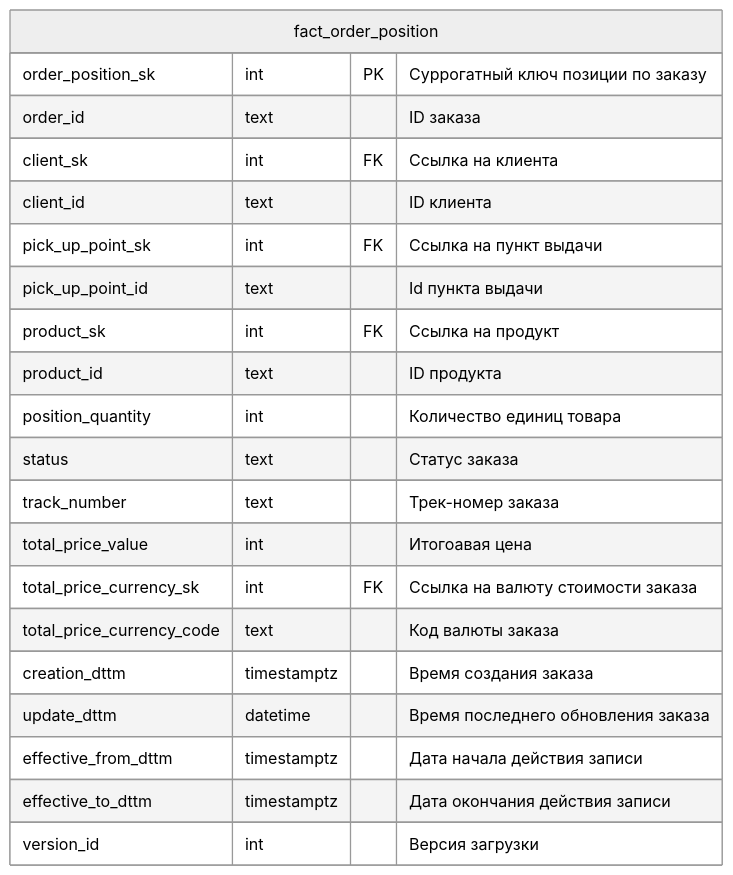
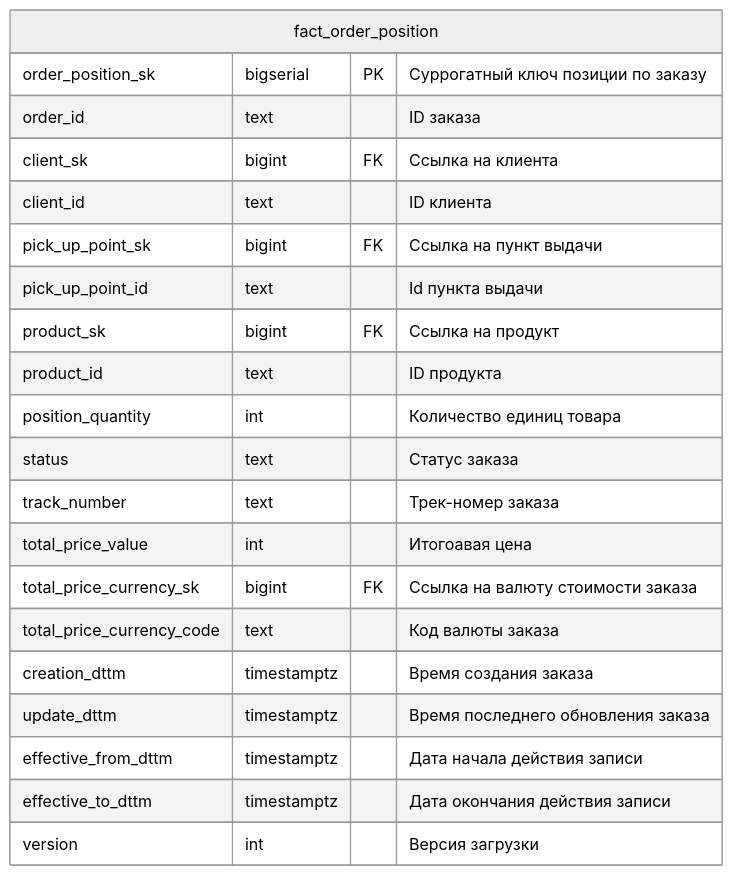
One commit to vgorbikov/dq-practice changed the sixth of 9 diagrams in docs/db_schema/Базовые ввитрины.md. Above: the diagram before and after it, drawn with Mermaid (neutral theme). The commit also changed other lines of this file and 2 other files, not shown here.

Commit message:
fix db schema

````diff
--- a/docs/db_schema/Базовые ввитрины.md
+++ b/docs/db_schema/Базовые ввитрины.md
@@ -134,25 +137,25 @@
 ```mermaid
 erDiagram
 
 fact_order_position {
-    order_position_sk int PK "Суррогатный ключ позиции по заказу"
+    order_position_sk bigserial PK "Суррогатный ключ позиции по заказу"
     order_id text "ID заказа"
-    client_sk int FK "Ссылка на клиента"
+    client_sk bigint FK "Ссылка на клиента"
     client_id text "ID клиента"
-    pick_up_point_sk int FK "Ссылка на пункт выдачи"
+    pick_up_point_sk bigint FK "Ссылка на пункт выдачи"
     pick_up_point_id text "Id пункта выдачи"
-    product_sk int FK "Ссылка на продукт"
+    product_sk bigint FK "Ссылка на продукт"
     product_id text "ID продукта"
     position_quantity int "Количество единиц товара"
     status text "Статус заказа"
     track_number text "Трек-номер заказа"
     total_price_value int "Итогоавая цена"
-    total_price_currency_sk int FK "Ссылка на валюту стоимости заказа"
+    total_price_currency_sk bigint FK "Ссылка на валюту стоимости заказа"
     total_price_currency_code text "Код валюты заказа"
     creation_dttm timestamptz "Время создания заказа"
-    update_dttm datetime "Время последнего обновления заказа"
+    update_dttm timestamptz "Время последнего обновления заказа"
     effective_from_dttm timestamptz "Дата начала действия записи"
     effective_to_dttm timestamptz "Дата окончания действия записи"
-    version_id int "Версия загрузки"
+    version int "Версия загрузки"
 }
 ```
````
